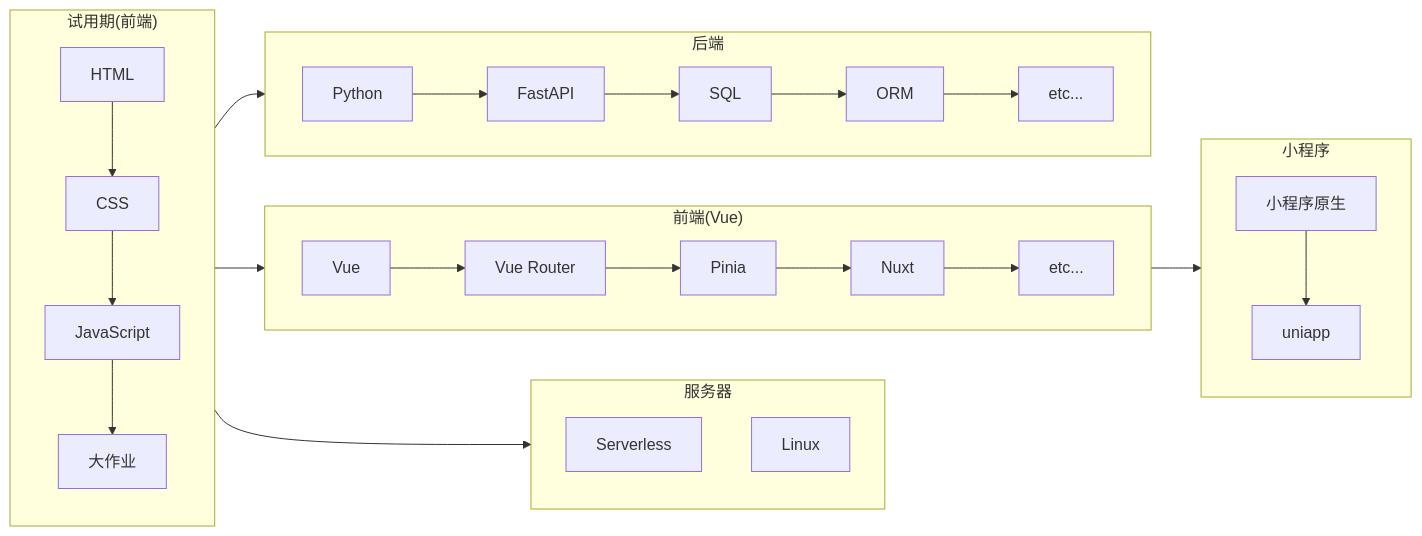
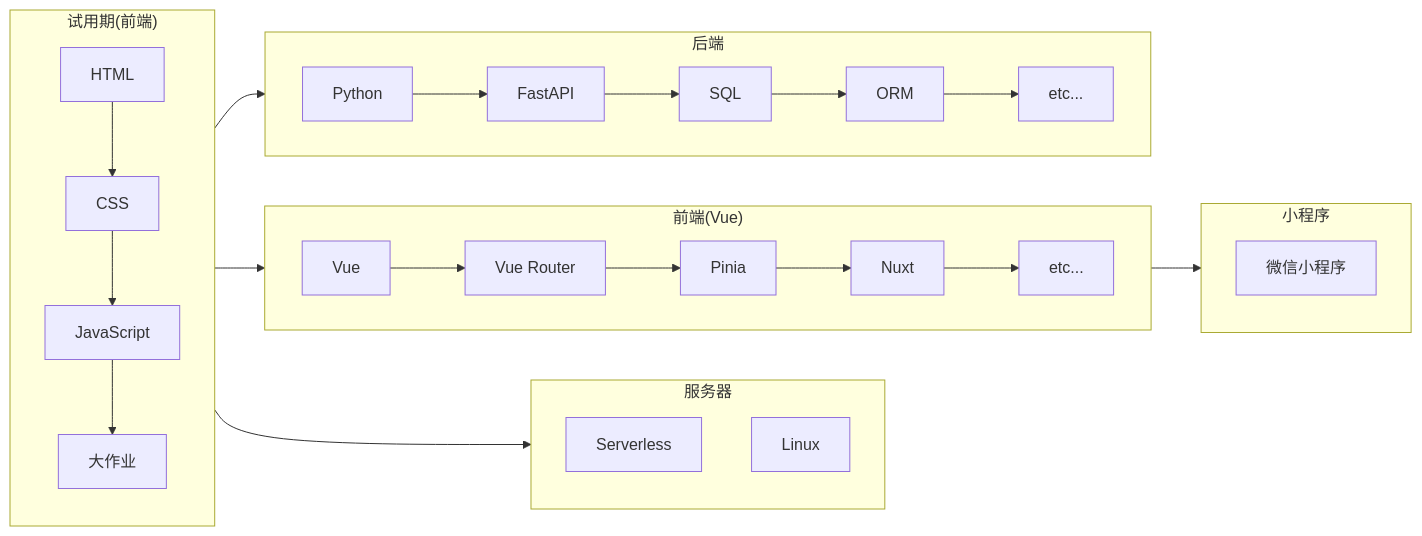
The first of 2 diagrams in 试用期培训/ch01/slidev/slides.md (szw0407/documents-2023), drawn with Mermaid before and after one commit. The commit also changed other lines of this file, not shown here.

````diff
--- a/试用期培训/ch01/slidev/slides.md
+++ b/试用期培训/ch01/slidev/slides.md
@@ -80,27 +81,27 @@
 ```mermaid {theme: 'neutral'}
 flowchart LR
   subgraph server [服务器]
     Serverless
     Linux
   end
   pre-->server
   subgraph pre ["试用期(前端)"]
     direction TB
     HTML-->CSS-->JavaScript-->大作业
   end
   pre-->frontend
   subgraph frontend ["前端(Vue)"]
     direction LR
     Vue-->vue-router[Vue Router]-->Pinia-->Nuxt-->etc_[etc...]
   end
   pre-->backend
   subgraph backend [后端]
     direction LR
     Python-->FastAPI-->SQL-->ORM-->etc...
   end
   frontend-->miniapp
   subgraph miniapp [小程序]
     direction TB
-    小程序原生-->uniapp
+    微信小程序
   end
 ```
````
